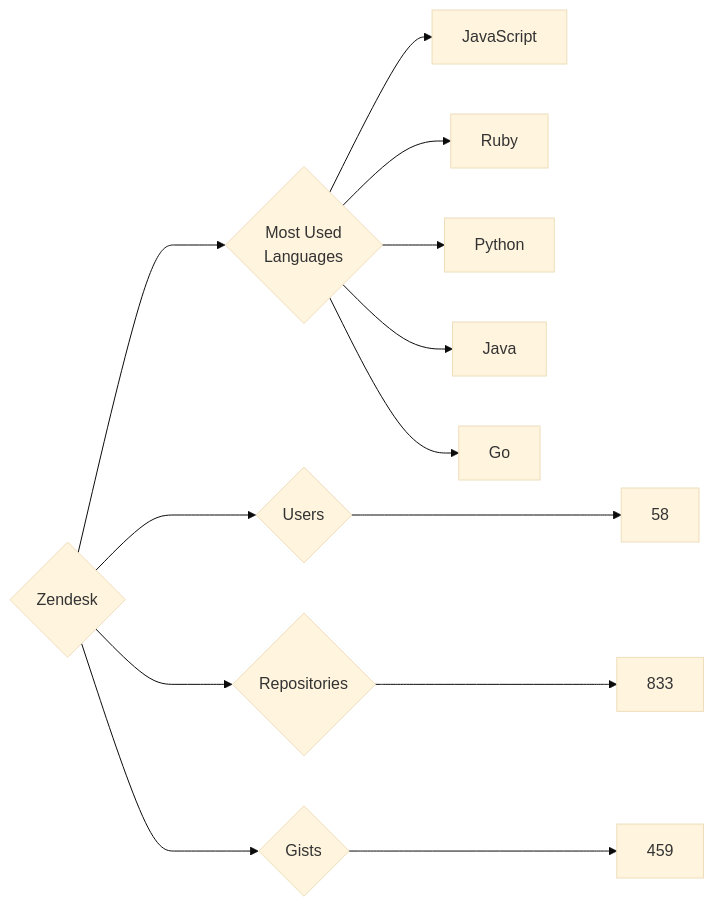
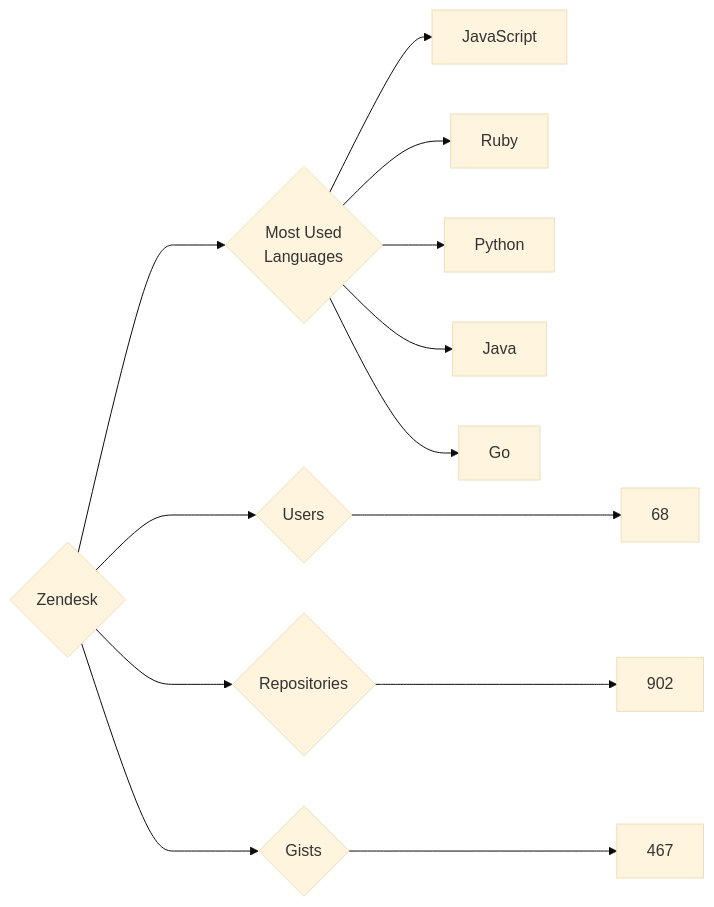
The diagram in targets/Zendesk/README.md (trickest/insiders), drawn with Mermaid (base theme) before and after one commit. The commit also changed 953 other files, not shown here.

````diff
--- a/targets/Zendesk/README.md
+++ b/targets/Zendesk/README.md
@@ -3,13 +3,13 @@
 ```mermaid
 graph LR
 COMPANY_NAME{Zendesk}
-COMPANY_NAME ---> U{Users} ---> UN[58]
-COMPANY_NAME ---> R{Repositories} ---> RN[833]
-COMPANY_NAME ---> G{Gists} ---> GN[459]
+COMPANY_NAME ---> U{Users} ---> UN[68]
+COMPANY_NAME ---> R{Repositories} ---> RN[902]
+COMPANY_NAME ---> G{Gists} ---> GN[467]
 COMPANY_NAME ---> ML{Most Used<br>Languages}
 ML --> JavaScript[JavaScript]
 ML --> Ruby[Ruby]
 ML --> Python[Python]
 ML --> Java[Java]
 ML --> Go[Go]
 ```
````
